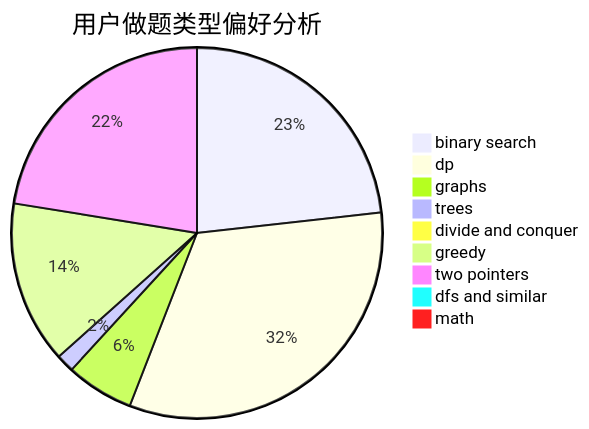
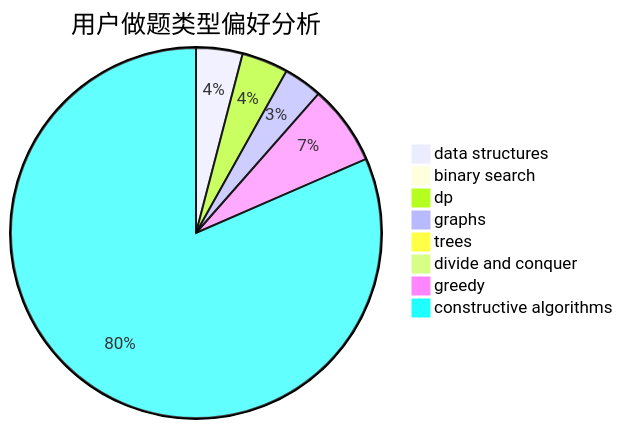
Before and after one commit to sherpahu/cfrs.github.io: the second of 3 diagrams in docs/user/u2072.md, drawn with Mermaid. The commit also changed other lines of this file and 2775 other files, not shown here.

````diff
--- a/docs/user/u2072.md
+++ b/docs/user/u2072.md
@@ -23,12 +23,11 @@
 ```mermaid
 pie title 用户做题类型偏好分析
-    "binary search" :  59
-    "dp" :  83
+    "data structures" :  18
+    "binary search" :  4
+    "dp" :  18
     "graphs" :  15
-    "trees" :  4
+    "trees" :  2
     "divide and conquer" :  0
-    "greedy" :  36
-    "two pointers" :  57
-    "dfs and similar" :  1
-    "math" :  1
+    "greedy" :  31
+    "constructive algorithms" :  362
 ```
````
